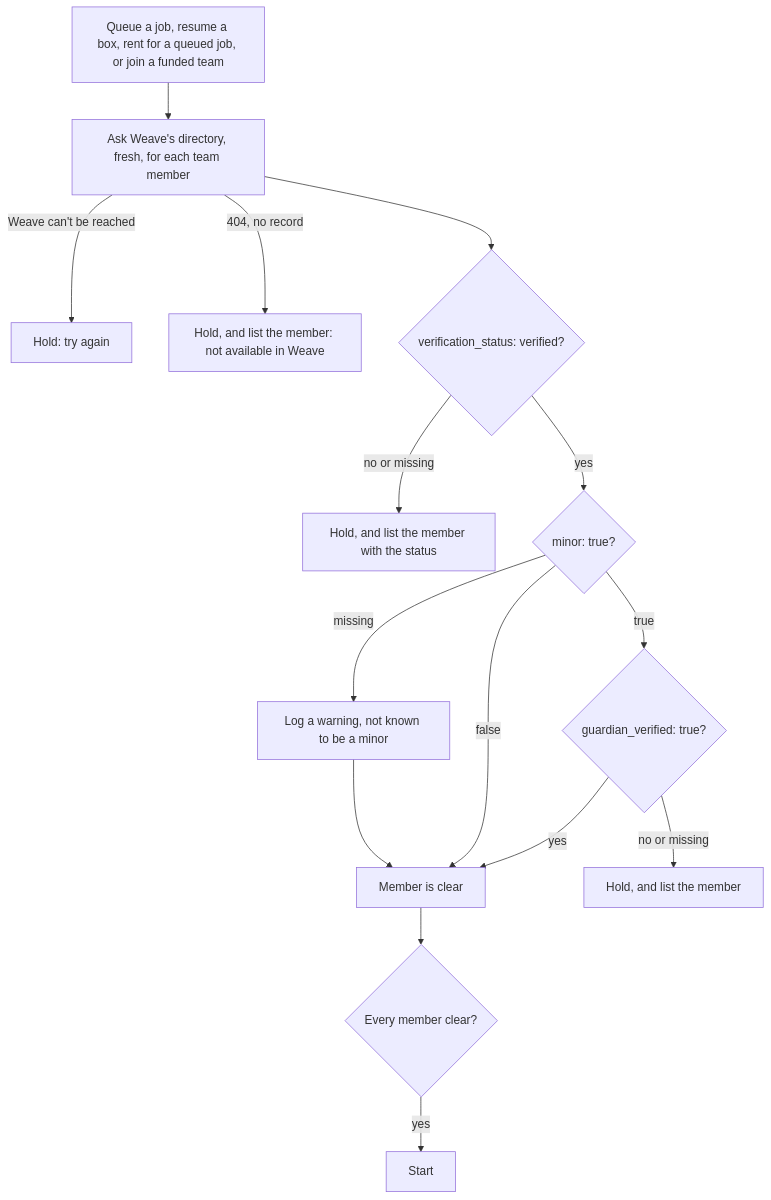
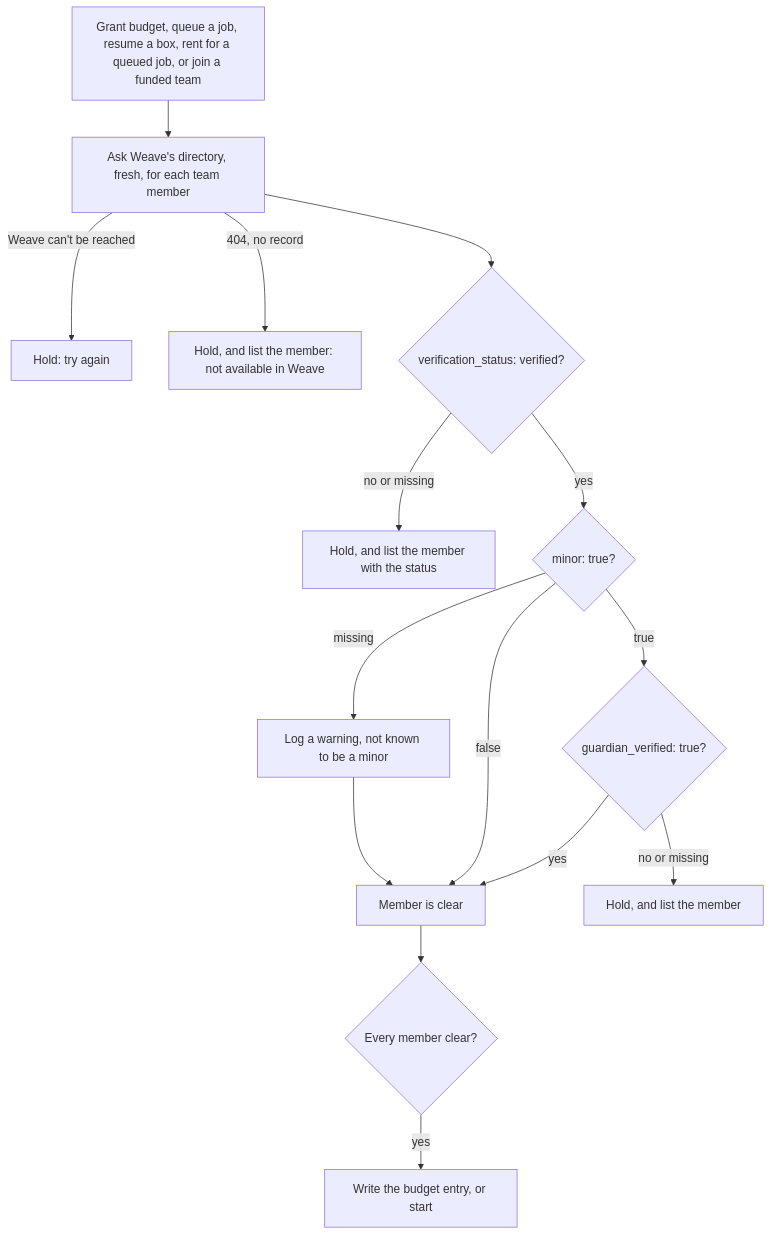
The diagram in docs/SPEC.md (patchworklabsorg/krater), drawn with Mermaid before and after one commit. The commit also changed other lines of this file and 22 other files, not shown here.

````diff
--- a/docs/SPEC.md
+++ b/docs/SPEC.md
@@ -411,16 +422,16 @@
 ```mermaid
 flowchart TD
-    A[Queue a job, resume a box, rent for a queued job, or join a funded team] --> B[Ask Weave's directory, fresh, for each team member]
+    A[Grant budget, queue a job, resume a box, rent for a queued job, or join a funded team] --> B[Ask Weave's directory, fresh, for each team member]
     B -->|Weave can't be reached| X[Hold: try again]
     B -->|404, no record| N[Hold, and list the member: not available in Weave]
     B --> V{verification_status: verified?}
     V -->|no or missing| H[Hold, and list the member with the status]
     V -->|yes| C{minor: true?}
     C -->|missing| L[Log a warning, not known to be a minor] --> OK
     C -->|false| OK[Member is clear]
     C -->|true| D{guardian_verified: true?}
     D -->|yes| OK
     D -->|no or missing| R[Hold, and list the member]
     OK --> E{Every member clear?}
-    E -->|yes| G[Start]
+    E -->|yes| G[Write the budget entry, or start]
 ```
````
